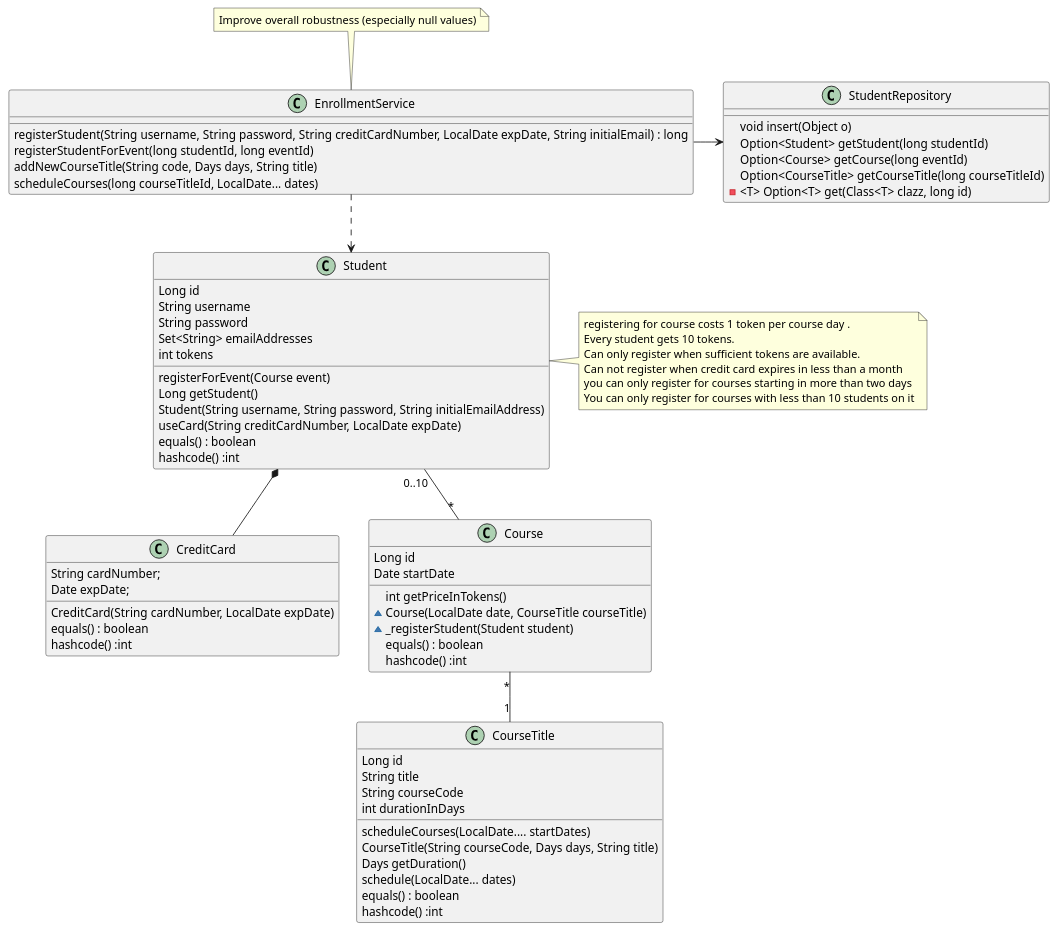
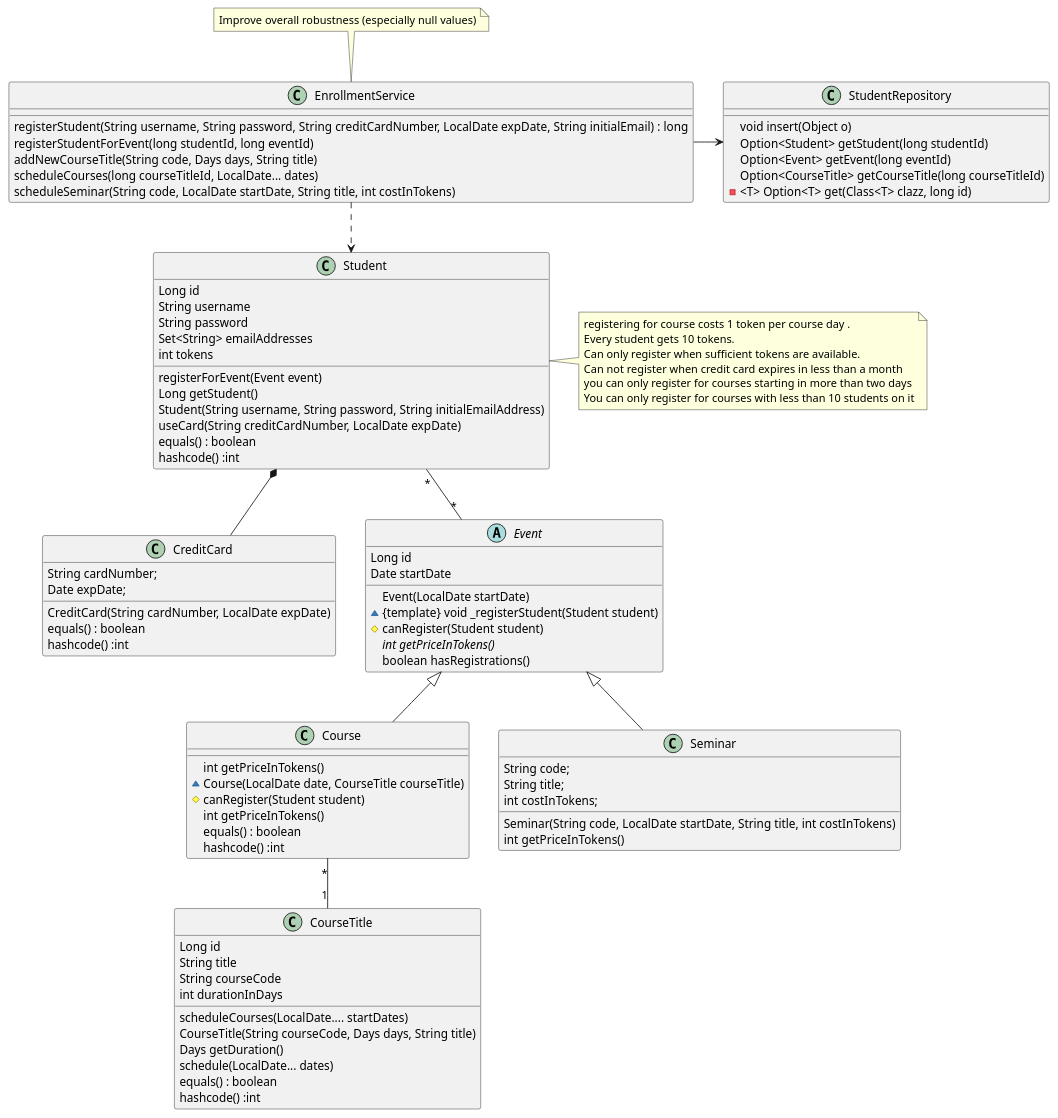
Before and after one commit to bigjim71/jpa-case: the diagram in src/uml/clsdgrm.puml, drawn with PlantUML. The commit also changed 8 other files, not shown here.

```diff
--- a/src/uml/clsdgrm.puml
+++ b/src/uml/clsdgrm.puml
@@ -1,81 +1,103 @@
 @startuml
 
 
 
 
 class EnrollmentService{
   registerStudent(String username, String password, String creditCardNumber, LocalDate expDate, String initialEmail) : long
   registerStudentForEvent(long studentId, long eventId)
   addNewCourseTitle(String code, Days days, String title)
   scheduleCourses(long courseTitleId, LocalDate... dates)
+  scheduleSeminar(String code, LocalDate startDate, String title, int costInTokens)
 }
 note top of EnrollmentService:Improve overall robustness (especially null values)
 
 EnrollmentService ..> Student
 
 class StudentRepository{
   void insert(Object o)
   Option<Student> getStudent(long studentId)
-  Option<Course> getCourse(long eventId)
+  Option<Event> getEvent(long eventId)
   Option<CourseTitle> getCourseTitle(long courseTitleId)
   -<T> Option<T> get(Class<T> clazz, long id)
 }
 
 EnrollmentService -> StudentRepository
 
 note right of Student : registering for course costs 1 token per course day .\nEvery student gets 10 tokens.\nCan only register when sufficient tokens are available.\nCan not register when credit card expires in less than a month\nyou can only register for courses starting in more than two days\nYou can only register for courses with less than 10 students on it
 
 class Student {
   Long id
   String username
   String password
   Set<String> emailAddresses
   int tokens
-  registerForEvent(Course event)
+  registerForEvent(Event event)
   Long getStudent()
   Student(String username, String password, String initialEmailAddress)
   useCard(String creditCardNumber, LocalDate expDate)
   equals() : boolean
   hashcode() :int
 }
 
 class CreditCard{
   String cardNumber;
   Date expDate;
   CreditCard(String cardNumber, LocalDate expDate)
   equals() : boolean
   hashcode() :int
 }
 
 Student *-- CreditCard
 
-Class Course{
+abstract class Event{
    Long id
    Date startDate
+   Event(LocalDate startDate)
+   ~{template} void _registerStudent(Student student)
+   #canRegister(Student student)
+   {abstract} int getPriceInTokens()
+   boolean hasRegistrations()
+
+}
+
+Event <|-- Course
+Event <|-- Seminar
+
+Class Course{
    int getPriceInTokens()
    ~Course(LocalDate date, CourseTitle courseTitle)
-   ~_registerStudent(Student student)
+   #canRegister(Student student)
+   int getPriceInTokens()
    equals() : boolean
    hashcode() :int
+}
+
+class Seminar{
+  String code;
+  String title;
+  int costInTokens;
+  Seminar(String code, LocalDate startDate, String title, int costInTokens)
+  int getPriceInTokens()
 }
 
 
 class CourseTitle{
   Long id
   String title
   String courseCode
   int durationInDays
   scheduleCourses(LocalDate.... startDates)
   CourseTitle(String courseCode, Days days, String title)
   Days getDuration()
   schedule(LocalDate... dates)
   equals() : boolean
   hashcode() :int
 
 }
 
 
-Student "0..10" -- "*" Course
+Student "*" -- "*" Event
 Course "*" -- "1" CourseTitle
 
 @enduml
```
